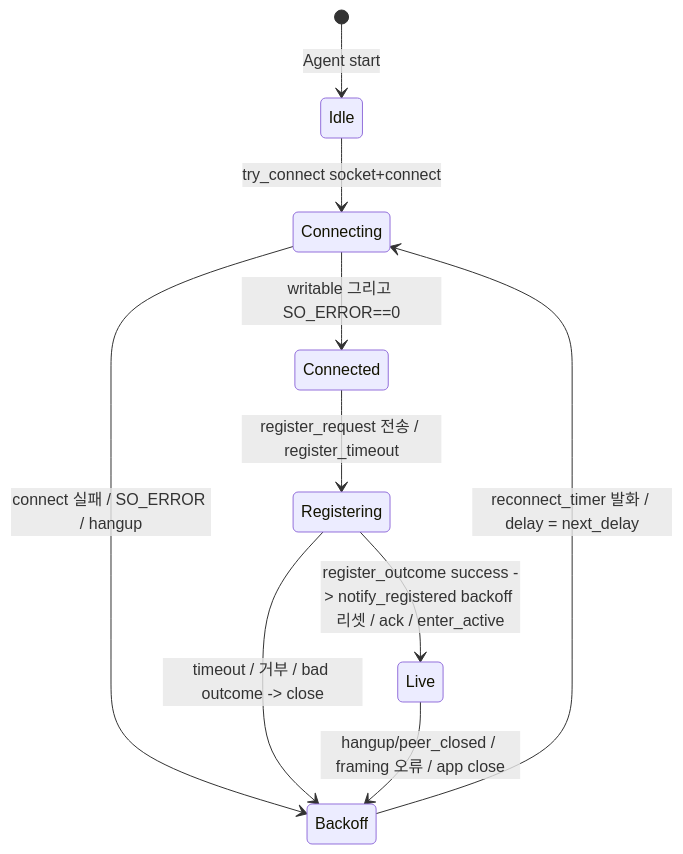
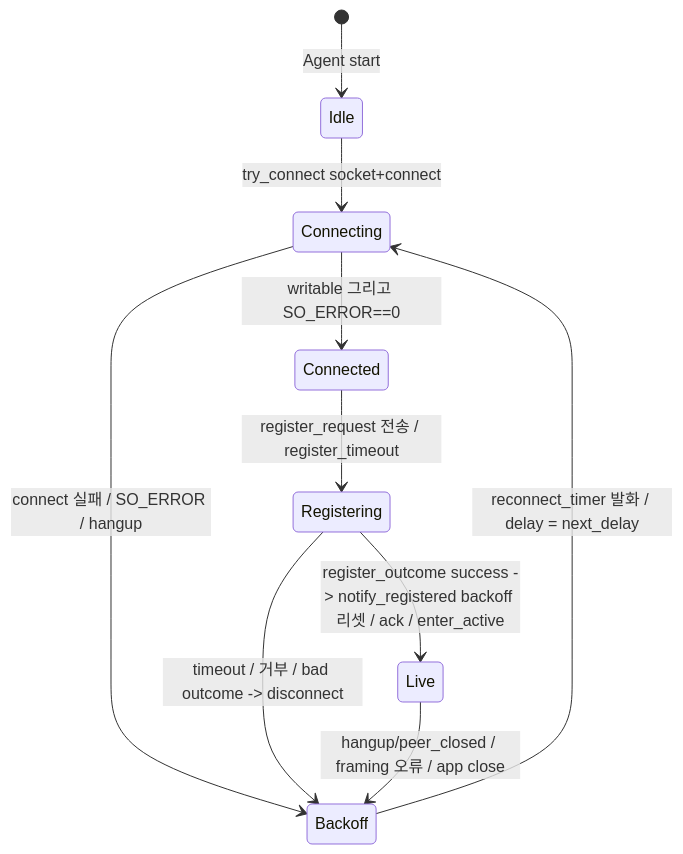
One commit to dnlfis42/ddcs changed the eighth of 8 diagrams in docs/ARCHITECTURE.md. Above: the diagram before and after it, drawn with Mermaid. The commit also changed other lines of this file and 8 other files, not shown here.

````diff
--- a/docs/ARCHITECTURE.md
+++ b/docs/ARCHITECTURE.md
@@ -331,12 +357,12 @@
 ```mermaid
 stateDiagram-v2
   [*] --> Idle : Agent start
   Idle --> Connecting : try_connect socket+connect
   Connecting --> Backoff : connect 실패 / SO_ERROR / hangup
   Connecting --> Connected : writable 그리고 SO_ERROR==0
   Connected --> Registering : register_request 전송 / register_timeout
-  Registering --> Backoff : timeout / 거부 / bad outcome -> close
+  Registering --> Backoff : timeout / 거부 / bad outcome -> disconnect
   Registering --> Live : register_outcome success -> notify_registered backoff 리셋 / ack / enter_active
   Live --> Backoff : hangup/peer_closed / framing 오류 / app close
   Backoff --> Connecting : reconnect_timer 발화 / delay = next_delay
 ```
````
